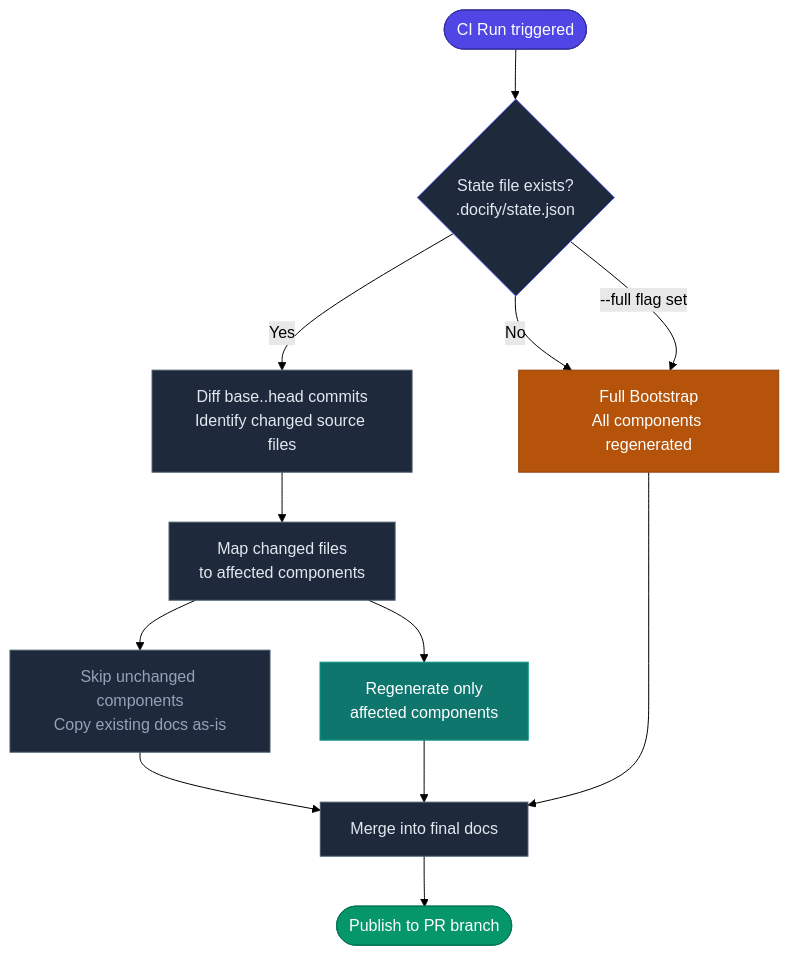
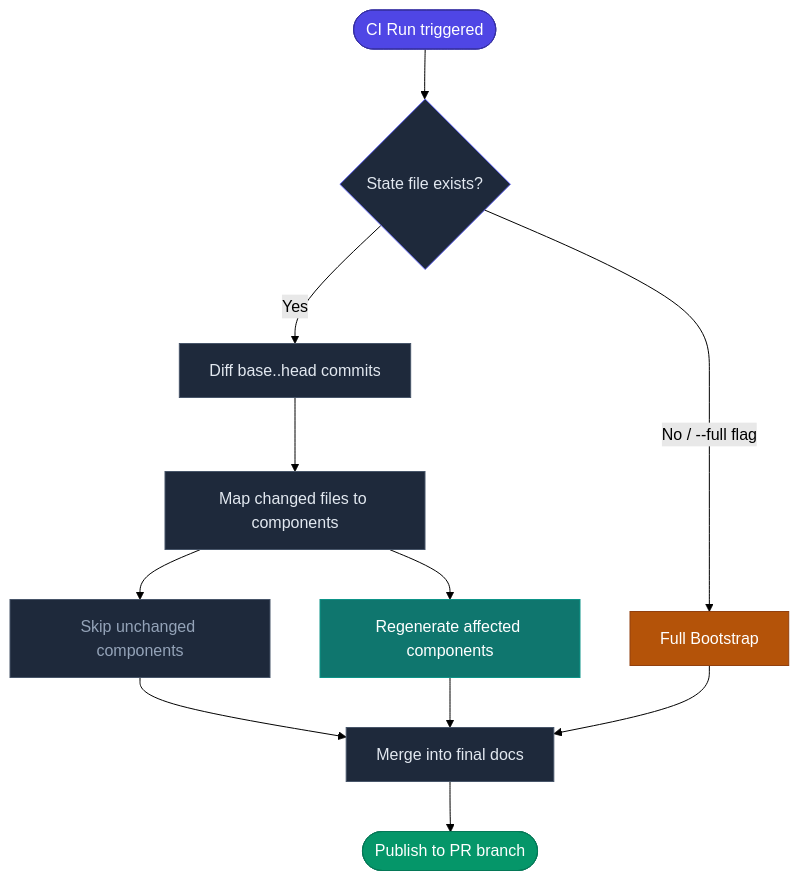
One commit to amit-upadhyay-IT/docify-repo changed the second of 3 diagrams in README.md. Above: the diagram before and after it, drawn with Mermaid (forest theme). The commit also changed other lines of this file, not shown here.

````diff
--- a/README.md
+++ b/README.md
@@ -105,36 +92,28 @@
 ```mermaid
 flowchart TD
-    START([CI Run triggered]) --> CHK{State file exists?
-.docify/state.json}
+    START(["CI Run triggered"]) --> CHK
+    CHK{"State file exists?"}
 
-    CHK -- No --> FULL[Full Bootstrap
-All components regenerated]
-    CHK -- "--full flag set" --> FULL
+    CHK -- "No / --full flag" --> FULL["Full Bootstrap"]
+    CHK -- "Yes" --> DIFF["Diff base..head commits"]
 
-    CHK -- Yes --> DIFF[Diff base..head commits
-Identify changed source files]
+    DIFF --> MAP["Map changed files to components"]
+    MAP --> SKIP["Skip unchanged components"]
+    MAP --> REGEN["Regenerate affected components"]
 
-    DIFF --> MAP[Map changed files
-to affected components]
-
-    MAP --> SKIP[Skip unchanged components
-Copy existing docs as-is]
-    MAP --> REGEN[Regenerate only
-affected components]
-
-    SKIP --> MERGE[Merge into final docs]
+    SKIP --> MERGE["Merge into final docs"]
     REGEN --> MERGE
     FULL --> MERGE
 
-    MERGE --> PUBLISH([Publish to PR branch])
+    MERGE --> PUBLISH(["Publish to PR branch"])
 
     style START fill:#4f46e5,color:#fff,stroke:#3730a3
     style PUBLISH fill:#059669,color:#fff,stroke:#047857
     style FULL fill:#b45309,color:#fff,stroke:#92400e
     style REGEN fill:#0f766e,color:#fff,stroke:#0d9488
     style SKIP fill:#1e293b,color:#94a3b8,stroke:#475569
     style CHK fill:#1e293b,color:#e2e8f0,stroke:#6366f1
     style DIFF fill:#1e293b,color:#e2e8f0,stroke:#475569
     style MAP fill:#1e293b,color:#e2e8f0,stroke:#475569
     style MERGE fill:#1e293b,color:#e2e8f0,stroke:#475569
 ```
````
